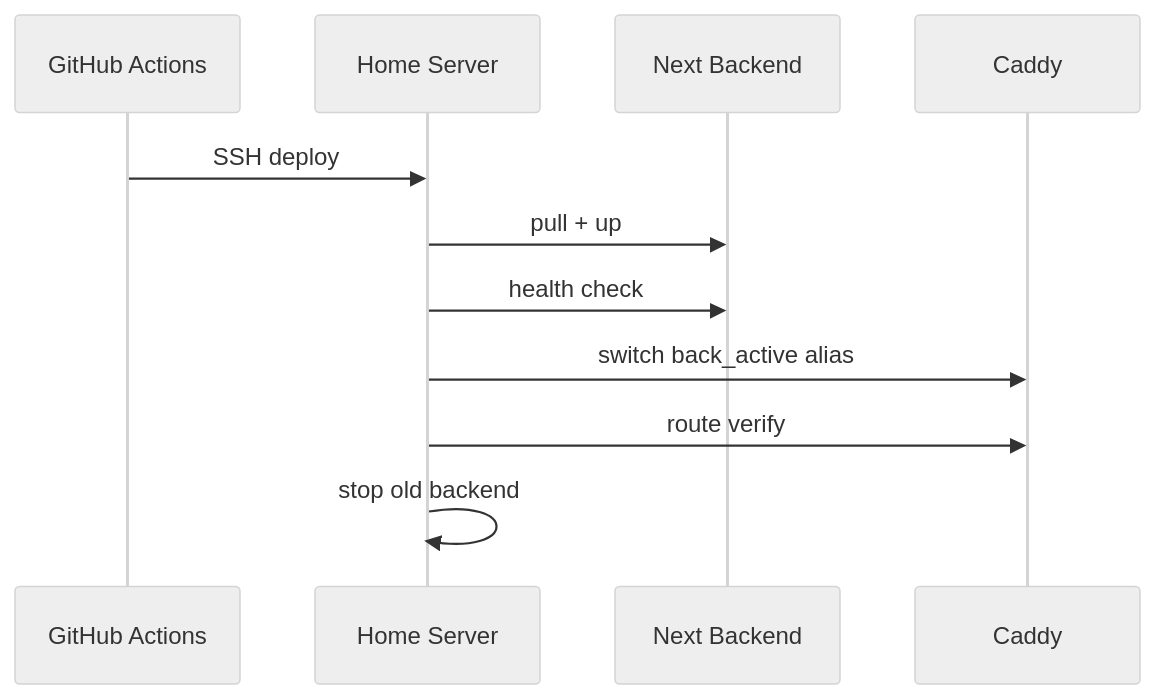
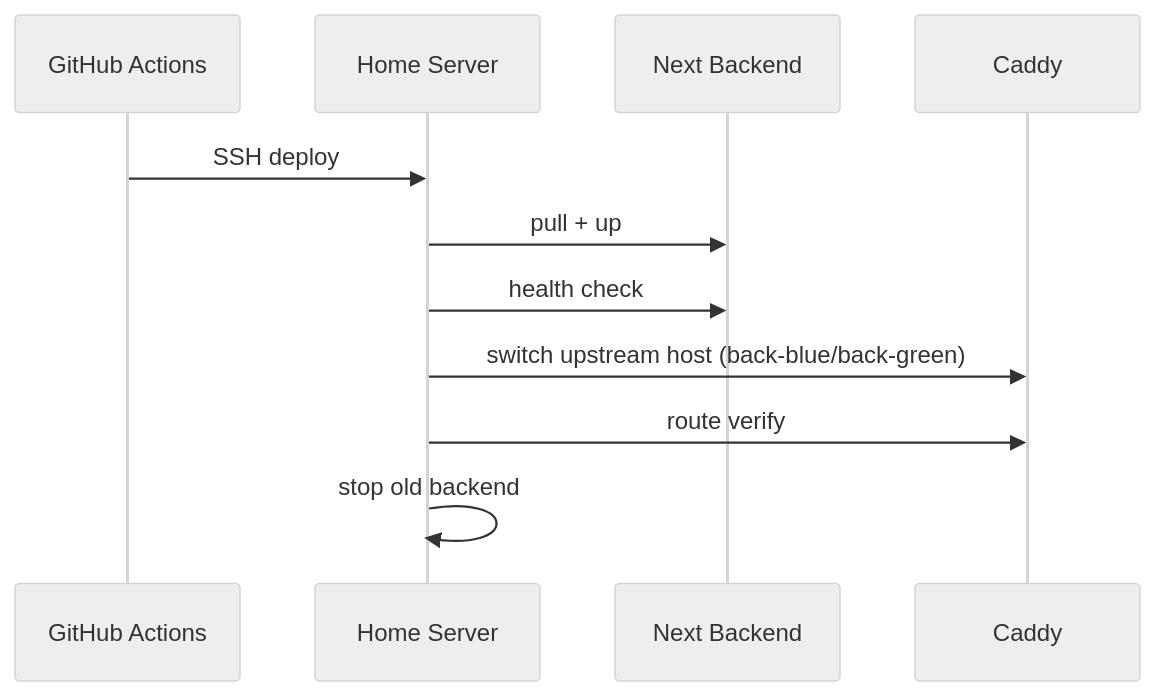
Before and after one commit to AquilaXk/aquila-blog: the second of 2 diagrams in docs/design/DevOps.md, drawn with Mermaid (neutral theme). The commit also changed other lines of this file and 6 other files, not shown here.

````diff
--- a/docs/design/DevOps.md
+++ b/docs/design/DevOps.md
@@ -237,13 +237,13 @@
 ```mermaid
 sequenceDiagram
     participant GH as GitHub Actions
     participant HS as Home Server
     participant NB as Next Backend
     participant CD as Caddy
     GH->>HS: SSH deploy
     HS->>NB: pull + up
     HS->>NB: health check
-    HS->>CD: switch back_active alias
+    HS->>CD: switch upstream host (back-blue/back-green)
     HS->>CD: route verify
     HS->>HS: stop old backend
 ```
````
